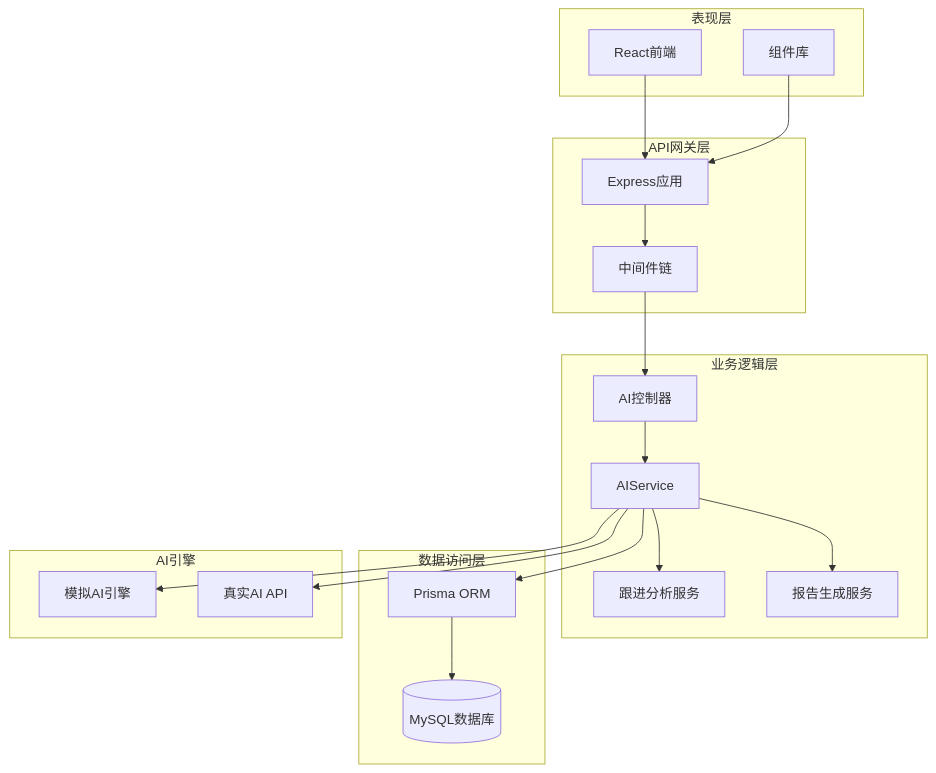
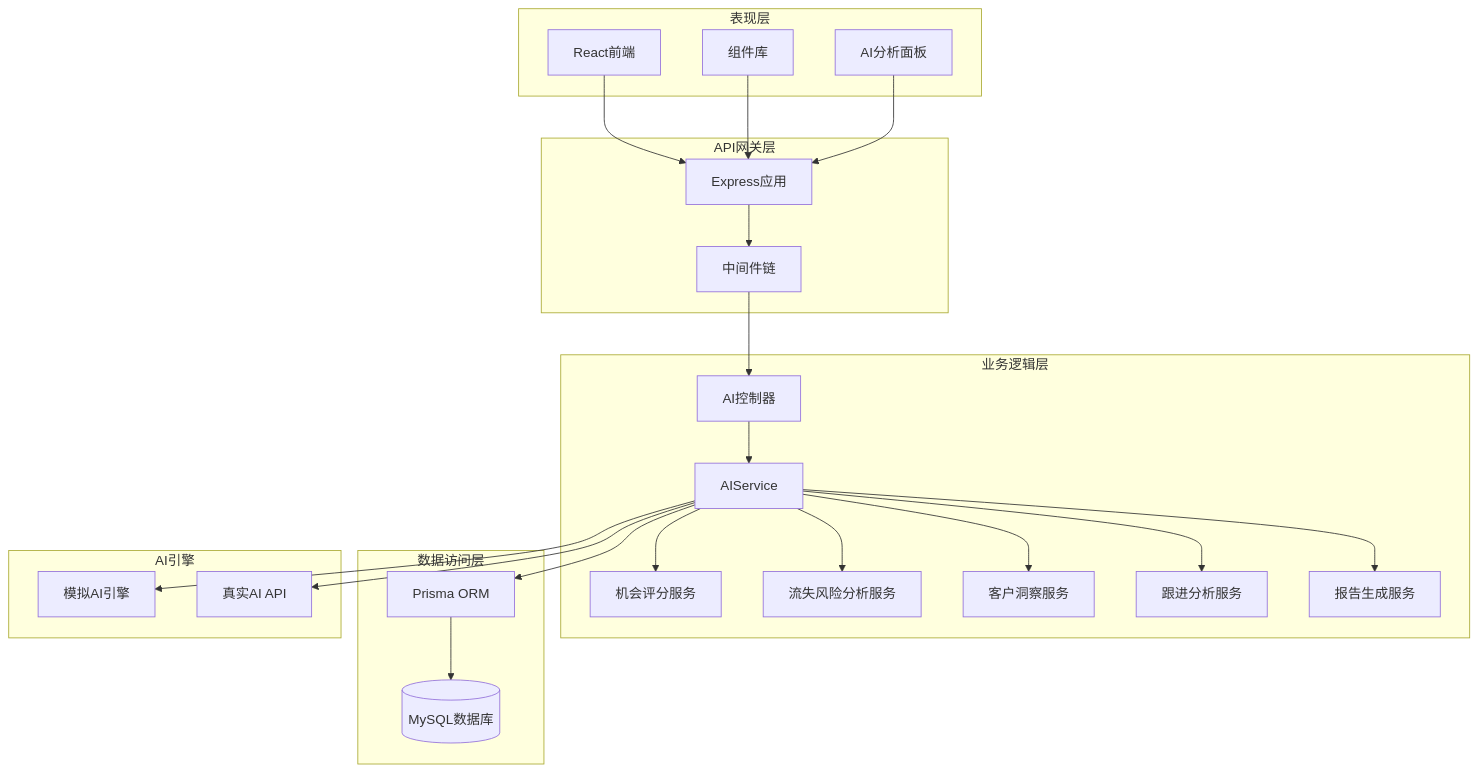
The second of 7 diagrams in .qoder/repowiki/zh/content/核心组件/AI助手.md (xianjianshenqu/SalesFlow-CRM), drawn with Mermaid before and after one commit. The commit also changed other lines of this file and 36 other files, not shown here.

````diff
--- a/.qoder/repowiki/zh/content/核心组件/AI助手.md
+++ b/.qoder/repowiki/zh/content/核心组件/AI助手.md
@@ -113,36 +146,44 @@
 ```mermaid
 graph TB
 subgraph "表现层"
 FE1[React前端]
 FE2[组件库]
+FE3[AI分析面板]
 end
 subgraph "API网关层"
 GW[Express应用]
 MW[中间件链]
 end
 subgraph "业务逻辑层"
 AC[AI控制器]
 AS[AIService]
+OS[机会评分服务]
+CA[流失风险分析服务]
+CI[客户洞察服务]
 FA[跟进分析服务]
 RG[报告生成服务]
 end
 subgraph "数据访问层"
 PRISMA[Prisma ORM]
 DB[(MySQL数据库)]
 end
 subgraph "AI引擎"
 MOCK[模拟AI引擎]
 REAL[真实AI API]
 end
 FE1 --> GW
 FE2 --> GW
+FE3 --> GW
 GW --> MW
 MW --> AC
 AC --> AS
+AS --> OS
+AS --> CA
+AS --> CI
 AS --> FA
 AS --> RG
 AS --> PRISMA
 PRISMA --> DB
 AS --> MOCK
 AS --> REAL
 ```
````
